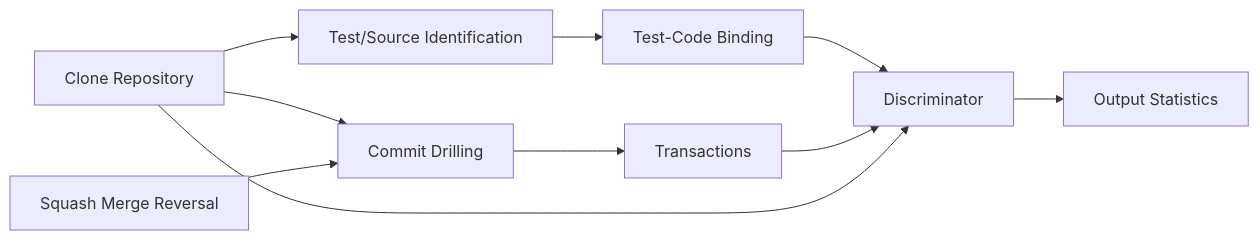
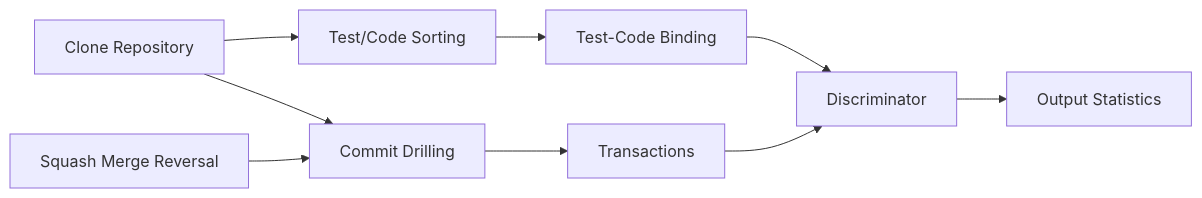
Before and after one commit to YousefEZ/ApacheMiner: the diagram in README.md, drawn with Mermaid. The commit also changed other lines of this file, not shown here.

````diff
--- a/README.md
+++ b/README.md
@@ -74,14 +74,13 @@
 ```mermaid
 flowchart LR
     R[Clone Repository] --> A
     RA[Squash Merge Reversal] --> A 
     A[Commit Drilling] --> C[Transactions]
-
-    R --> K[Test/Source Identification]    
-    K --> X[Test-Code Binding]
-    X --> Z[Discriminator]
+    
+    R --> X[Test/Code Sorting]
+    X --> Y[Test-Code Binding]
+    Y --> Z[Discriminator]
     C --> Z
-    R --> Z
 
     Z --> Results[ Output Statistics]
 ```
````
